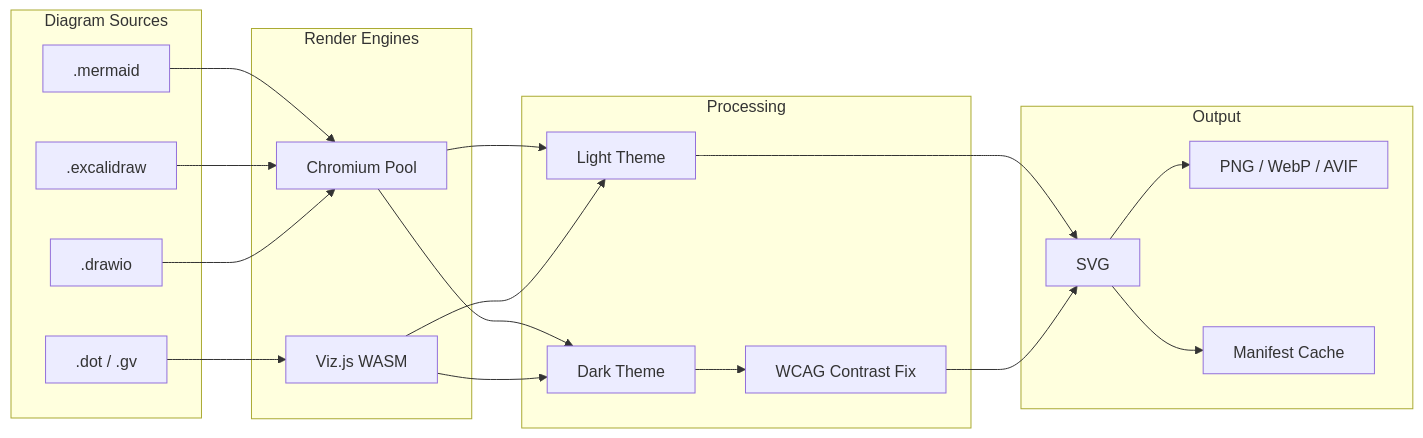
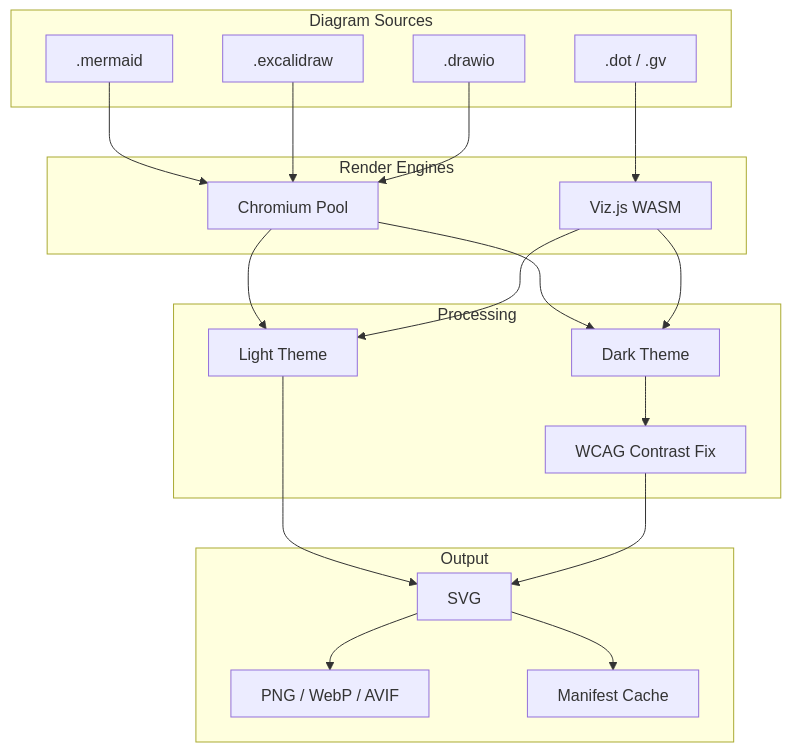
One commit to sujeet-pro/sujeet-pro.github.io changed the diagram in content/projects/diagramkit/architecture.mermaid. Above: the diagram before and after it, drawn with Mermaid. The commit also changed 19 other files, not shown here.

```diff
--- a/content/projects/diagramkit/architecture.mermaid
+++ b/content/projects/diagramkit/architecture.mermaid
@@ -1,39 +1,39 @@
 %%{init: {'htmlLabels': false}}%%
-graph LR
+graph TB
   subgraph Input["Diagram Sources"]
     Mermaid[".mermaid"]
     Excalidraw[".excalidraw"]
     DrawIO[".drawio"]
     Graphviz[".dot / .gv"]
   end
 
   subgraph Engine["Render Engines"]
     Browser["Chromium Pool"]
     Vizjs["Viz.js WASM"]
   end
 
   subgraph Processing["Processing"]
     Light["Light Theme"]
     Dark["Dark Theme"]
     Contrast["WCAG Contrast Fix"]
   end
 
   subgraph Output["Output"]
     SVG["SVG"]
     Raster["PNG / WebP / AVIF"]
     Manifest["Manifest Cache"]
   end
 
   Mermaid --> Browser
   Excalidraw --> Browser
   DrawIO --> Browser
   Graphviz --> Vizjs
   Browser --> Light
   Browser --> Dark
   Vizjs --> Light
   Vizjs --> Dark
   Dark --> Contrast
   Light --> SVG
   Contrast --> SVG
   SVG --> Raster
   SVG --> Manifest
```
